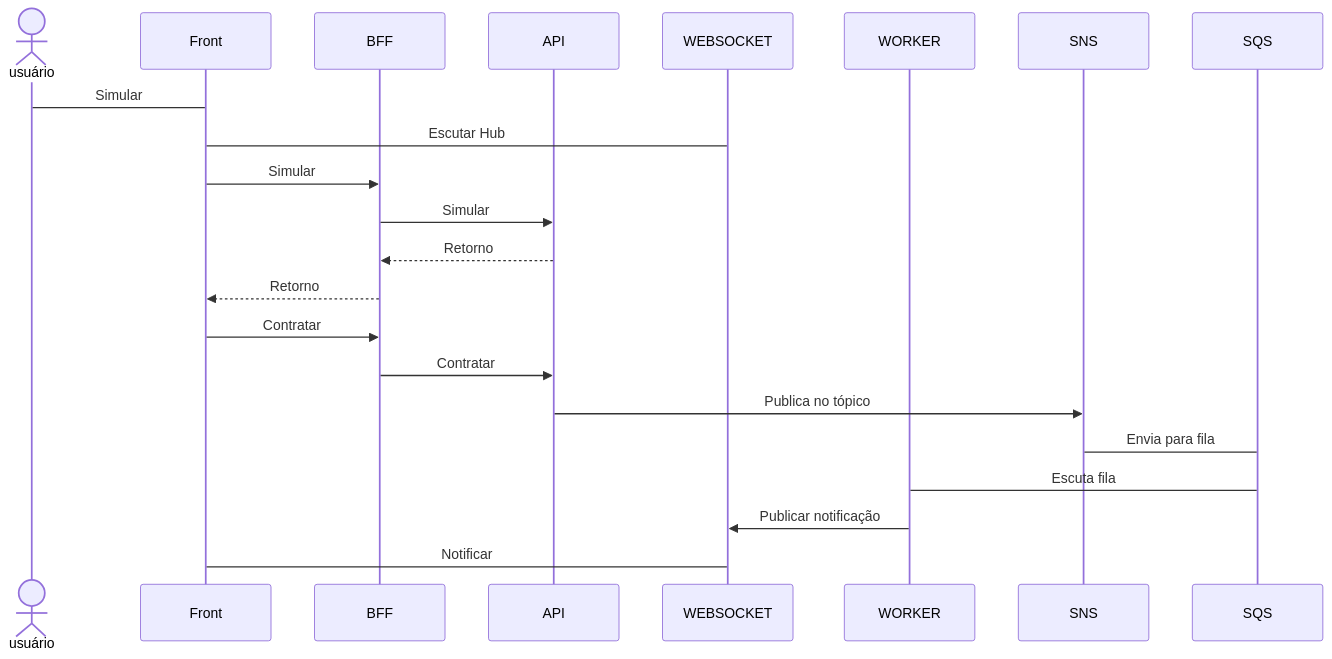
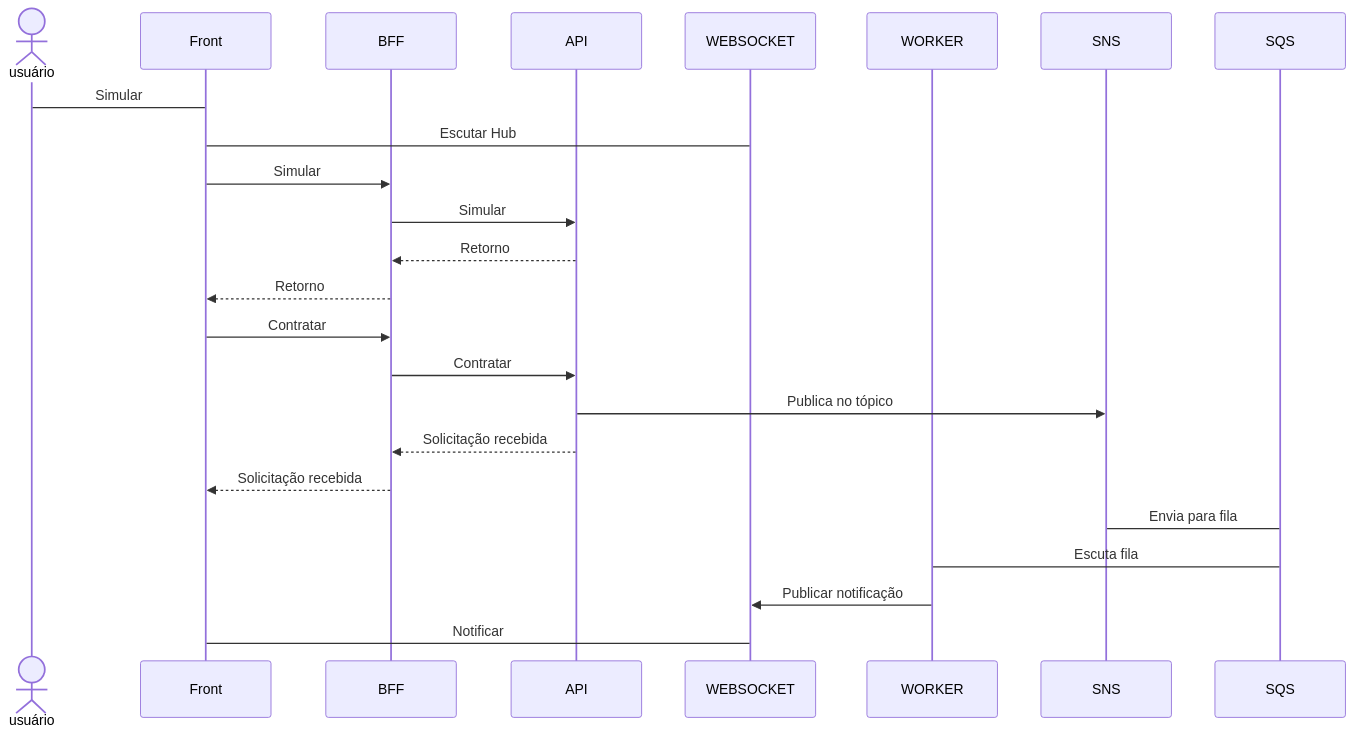
Before and after one commit to correia97/jornadawebsocket: the diagram in readme.md, drawn with Mermaid. The commit also changed other lines of this file, not shown here.

Commit message:
doc: Desenho do fluxo

````diff
--- a/readme.md
+++ b/readme.md
@@ -68,24 +68,26 @@
 ```mermaid
 sequenceDiagram
     actor usuário
     participant Front
     participant BFF
     participant API
     participant WEBSOCKET
     participant WORKER    
     participant SNS    
     participant SQS
     usuário->Front: Simular    
     Front->WEBSOCKET: Escutar Hub
     Front->>BFF: Simular
     BFF->>API: Simular
     API-->>BFF: Retorno
     BFF-->>Front: Retorno
     Front->>BFF: Contratar
     BFF->>API: Contratar
     API->>SNS: Publica no tópico
+    API-->>BFF: Solicitação recebida
+    BFF-->>Front: Solicitação recebida
     SNS->SQS: Envia para fila
     WORKER->SQS: Escuta fila
     WORKER->>WEBSOCKET: Publicar notificação
     WEBSOCKET->Front: Notificar
 ```
````
